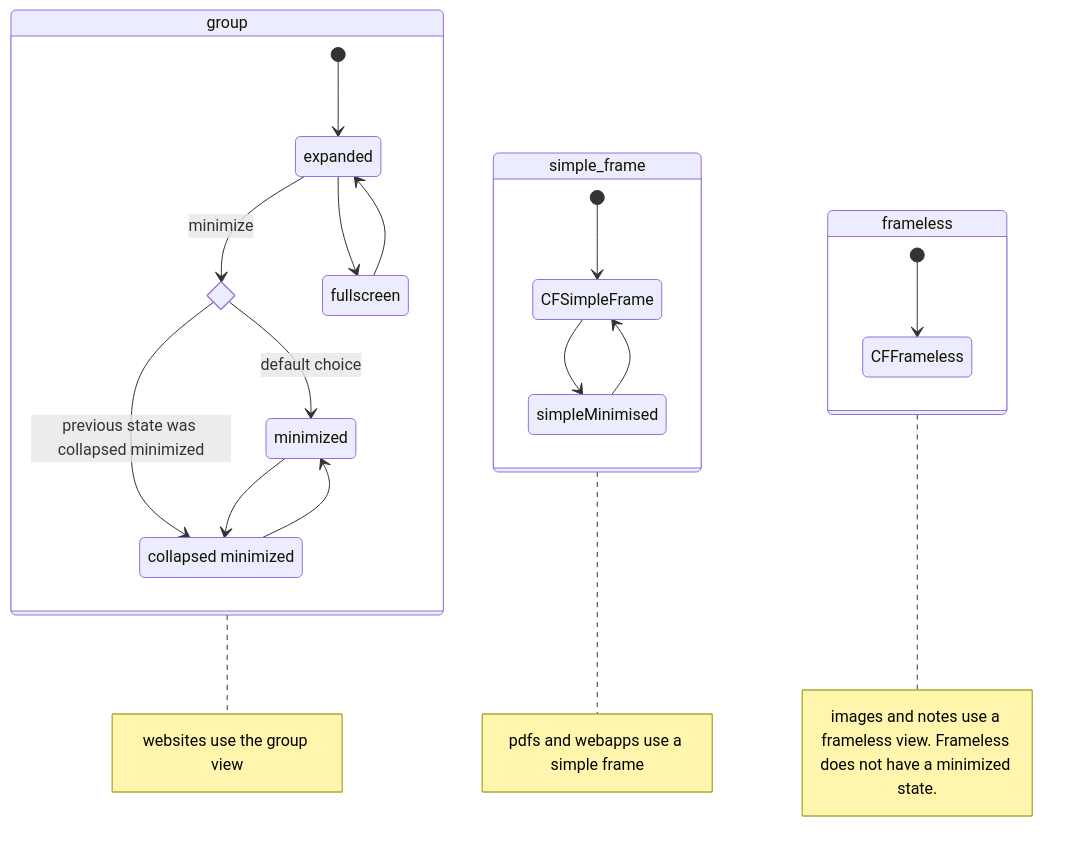
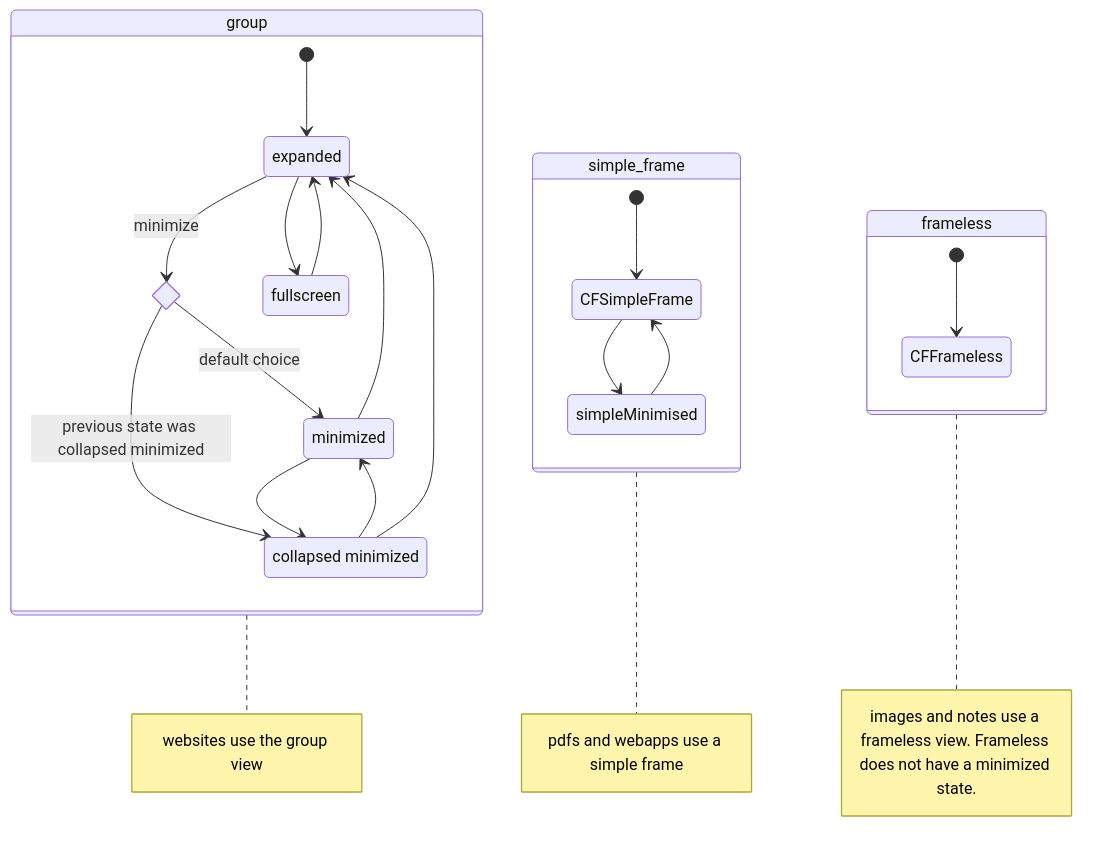
The diagram in README.md (enai-computer/takahe), drawn with Mermaid before and after one commit.

Commit message:
Update README.md diagram
better layout

````diff
--- a/README.md
+++ b/README.md
@@ -26,37 +26,41 @@
 ```mermaid
 stateDiagram
+  direction TB
+  state group {
+    direction TB
+    [*] --> expanded
+    state min_choice <<choice>>
 
-state group{
-    state min_choice <<choice>>
-    [*] --> expanded
-    expanded --> min_choice: minimize
-    min_choice --> minimized: default choice
-    min_choice --> collapsed_minimized: previous state was collapsed minimized
+    expanded --> min_choice:minimize
+    min_choice --> minimized:default choice
+    min_choice --> collapsed_minimized:previous state was collapsed minimized
     minimized --> collapsed_minimized
     collapsed_minimized --> minimized
-
+    collapsed_minimized --> expanded
+    minimized --> expanded
     expanded --> fullscreen
     fullscreen --> expanded
-
-    collapsed_minimized: collapsed minimized
-}
-note right of group
-    websites use the group view
-end note
-
-state simple_frame{
+[*]    expanded
+    min_choice
+    minimized
+    collapsed_minimized
+    fullscreen
+  }
+  state simple_frame {
+    direction TB
     [*] --> CFSimpleFrame
     CFSimpleFrame --> simpleMinimised
     simpleMinimised --> CFSimpleFrame
-}
-note right of simple_frame
-    pdfs and webapps use a simple frame
-end note
-
-state frameless{
+[*]    CFSimpleFrame
+    simpleMinimised
+  }
+  state frameless {
+    direction TB
     [*] --> CFFrameless
-}
-note right of frameless
-    images and notes use a frameless view. Frameless does not have a minimized state.
-end note
+[*]    CFFrameless
+  }
+  collapsed_minimized:collapsed minimized
+  note right of group : websites use the group view
+  note right of simple_frame : pdfs and webapps use a simple frame
+  note right of frameless : images and notes use a frameless view. Frameless does not have a minimized state.
 ```
````
